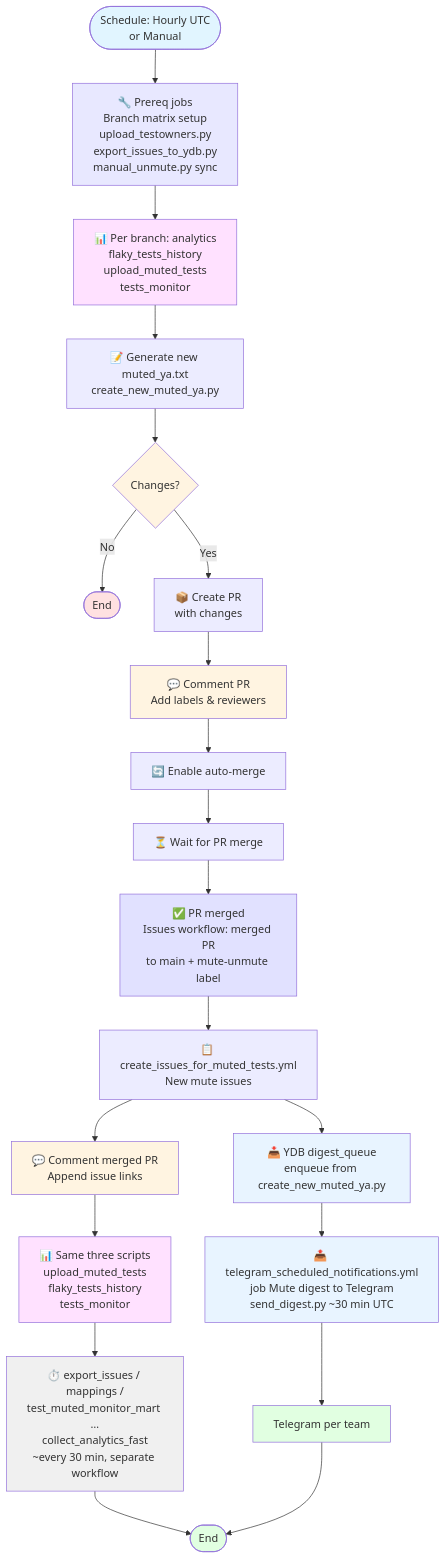
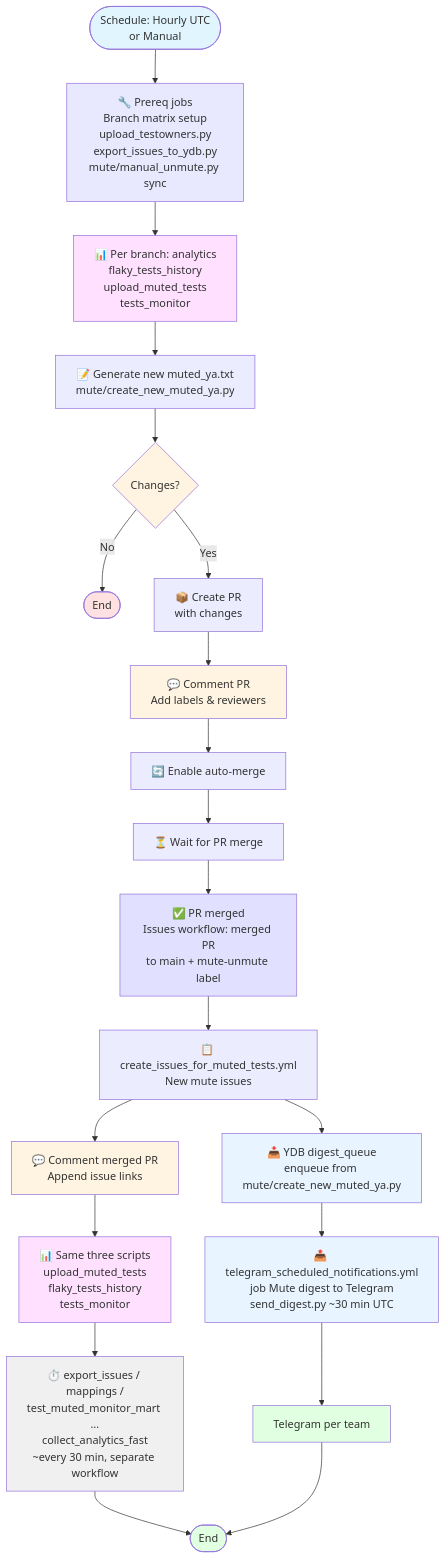
Before and after one commit to ydb-platform/ydb: the first of 4 diagrams in .github/config/mute_rules.md, drawn with Mermaid. The commit also changed other lines of this file and 11 other files, not shown here.

First line of the commit message:
Refactor mute management scripts and enhance fast-unmute functionality

````diff
--- a/.github/config/mute_rules.md
+++ b/.github/config/mute_rules.md
@@ -171,47 +171,47 @@
 ```mermaid
 graph TB
-    Start([Schedule: Hourly UTC<br/>or Manual]) --> Prereq[🔧 Prereq jobs<br/>Branch matrix setup<br/>upload_testowners.py<br/>export_issues_to_ydb.py<br/>manual_unmute.py sync]
+    Start([Schedule: Hourly UTC<br/>or Manual]) --> Prereq[🔧 Prereq jobs<br/>Branch matrix setup<br/>upload_testowners.py<br/>export_issues_to_ydb.py<br/>mute/manual_unmute.py sync]
     
     Prereq --> UpdateAnalytics[📊 Per branch: analytics<br/>flaky_tests_history<br/>upload_muted_tests<br/>tests_monitor]
     
-    UpdateAnalytics --> GenerateFile[📝 Generate new muted_ya.txt<br/>create_new_muted_ya.py]
+    UpdateAnalytics --> GenerateFile[📝 Generate new muted_ya.txt<br/>mute/create_new_muted_ya.py]
     
     GenerateFile --> CheckChanges{Changes?}
     CheckChanges -->|No| End1([End])
     CheckChanges -->|Yes| CreatePR[📦 Create PR<br/>with changes]
     
     CreatePR --> CommentPR[💬 Comment PR<br/>Add labels & reviewers]
     CommentPR --> AutoMerge[🔄 Enable auto-merge]
     AutoMerge --> WaitMerge[⏳ Wait for PR merge]
     
     WaitMerge --> PRMerged[✅ PR merged<br/>Issues workflow: merged PR<br/>to main + mute-unmute label]
     
     PRMerged --> CreateIssues[📋 create_issues_for_muted_tests.yml<br/>New mute issues]
-    CreateIssues --> DigestQ[📥 YDB digest_queue<br/>enqueue from create_new_muted_ya.py]
+    CreateIssues --> DigestQ[📥 YDB digest_queue<br/>enqueue from mute/create_new_muted_ya.py]
     CreateIssues --> CommentMergedPR[💬 Comment merged PR<br/>Append issue links]
     
     CommentMergedPR --> UpdateAnalyticsAfterMerge[📊 Same three scripts<br/>upload_muted_tests<br/>flaky_tests_history<br/>tests_monitor]
     
     UpdateAnalyticsAfterMerge --> AsyncAnalytics[⏱️ export_issues / mappings /<br/>test_muted_monitor_mart …<br/>collect_analytics_fast<br/>~every 30 min, separate workflow]
     
     DigestQ --> SendDigest[📤 telegram_scheduled_notifications.yml<br/>job Mute digest to Telegram<br/>send_digest.py ~30 min UTC]
     SendDigest --> TG[Telegram per team]
     
     AsyncAnalytics --> End2([End])
     TG --> End2
     
     style Start fill:#e1f5ff
     style Prereq fill:#e8e8ff
     style UpdateAnalytics fill:#ffe1ff
     style UpdateAnalyticsAfterMerge fill:#ffe1ff
     style CommentPR fill:#fff4e1
     style CommentMergedPR fill:#fff4e1
     style AsyncAnalytics fill:#f0f0f0
     style DigestQ fill:#e8f4ff
     style SendDigest fill:#e8f4ff
     style TG fill:#e1ffe1
     style End1 fill:#ffe1e1
     style End2 fill:#e1ffe1
     style CheckChanges fill:#fff4e1
     style PRMerged fill:#e1e1ff
 ```
````
